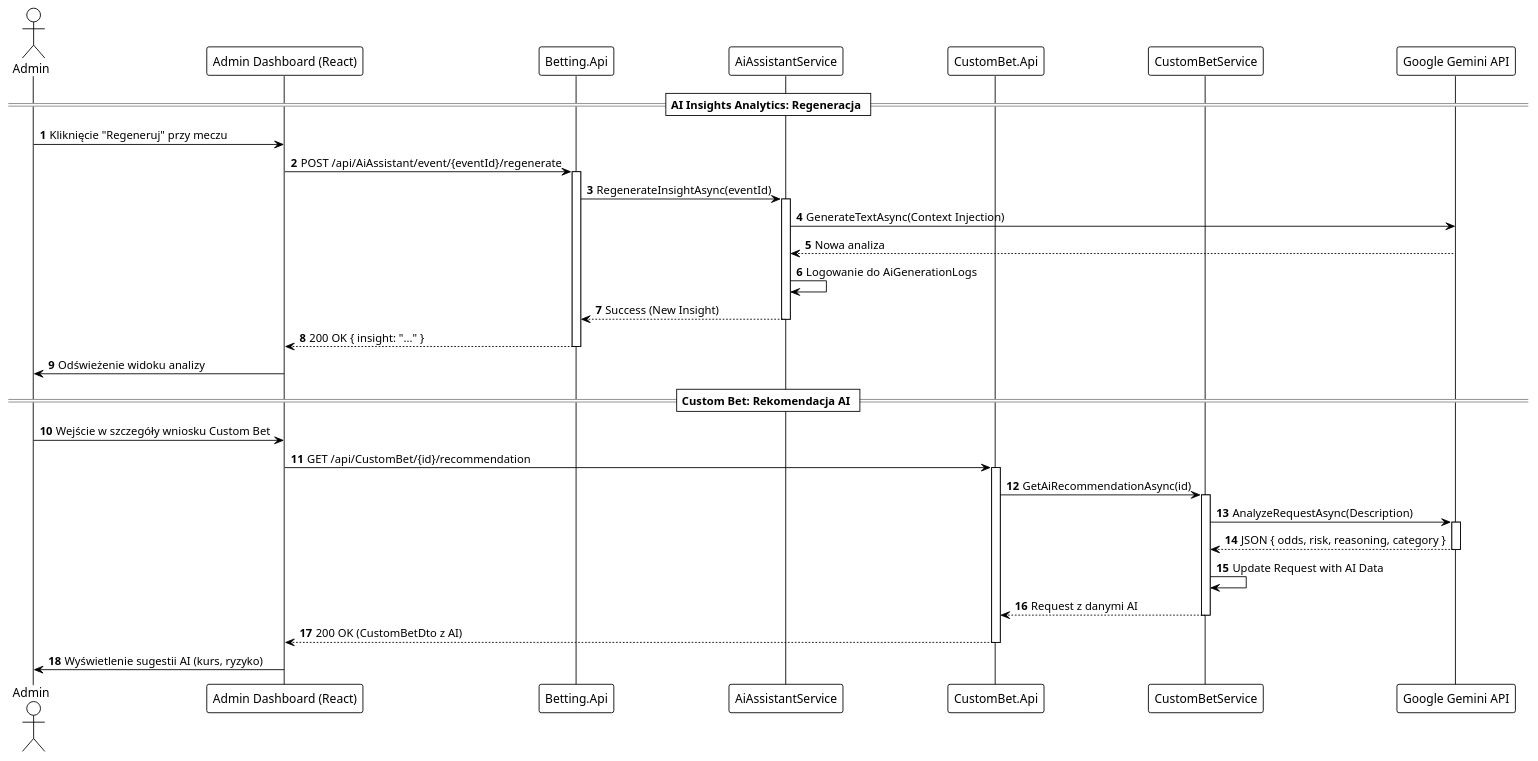
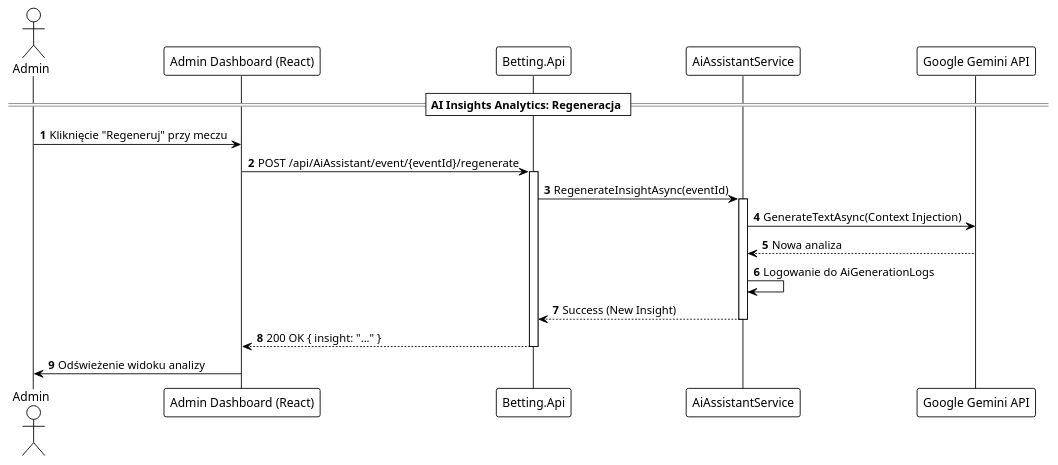
One commit to GrzegorzPolewczak/67Bet changed the diagram in docs/admin_ai_enhancements_sequence.puml. Above: the diagram before and after it, drawn with PlantUML. The commit also changed 2 other files, not shown here.

Commit message:
Docs: Update spec and diagrams after reverting Custom Bet AI features

```diff
--- a/docs/admin_ai_enhancements_sequence.puml
+++ b/docs/admin_ai_enhancements_sequence.puml
@@ -1,44 +1,25 @@
 @startuml Admin_AI_Enhancements_Sequence
 !theme plain
 autonumber
 
 actor Admin
 participant "Admin Dashboard (React)" as FE
 participant "Betting.Api" as API
 participant "AiAssistantService" as Service
-participant "CustomBet.Api" as CBApi
-participant "CustomBetService" as CBService
 participant "Google Gemini API" as Gemini
 
 == AI Insights Analytics: Regeneracja ==
 Admin -> FE : Kliknięcie "Regeneruj" przy meczu
 FE -> API : POST /api/AiAssistant/event/{eventId}/regenerate
 activate API
 API -> Service : RegenerateInsightAsync(eventId)
 activate Service
 Service -> Gemini : GenerateTextAsync(Context Injection)
 Gemini --> Service : Nowa analiza
 Service -> Service : Logowanie do AiGenerationLogs
 Service --> API : Success (New Insight)
 deactivate Service
 API --> FE : 200 OK { insight: "..." }
 deactivate API
 FE -> Admin : Odświeżenie widoku analizy
-
-== Custom Bet: Rekomendacja AI ==
-Admin -> FE : Wejście w szczegóły wniosku Custom Bet
-FE -> CBApi : GET /api/CustomBet/{id}/recommendation
-activate CBApi
-CBApi -> CBService : GetAiRecommendationAsync(id)
-activate CBService
-CBService -> Gemini : AnalyzeRequestAsync(Description)
-activate Gemini
-Gemini --> CBService : JSON { odds, risk, reasoning, category }
-deactivate Gemini
-CBService -> CBService : Update Request with AI Data
-CBService --> CBApi : Request z danymi AI
-deactivate CBService
-CBApi --> FE : 200 OK (CustomBetDto z AI)
-deactivate CBApi
-FE -> Admin : Wyświetlenie sugestii AI (kurs, ryzyko)
 @enduml
```
